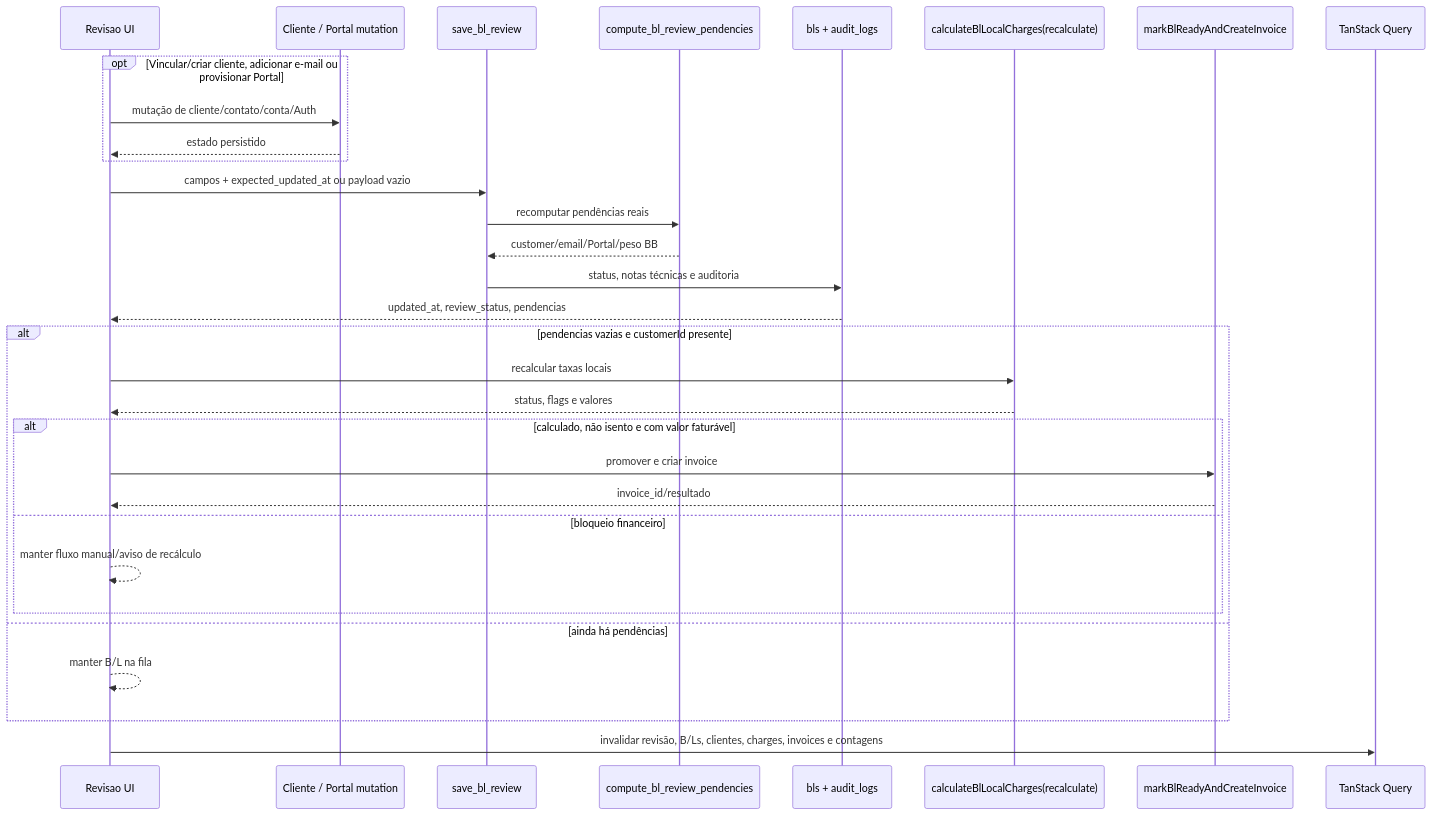
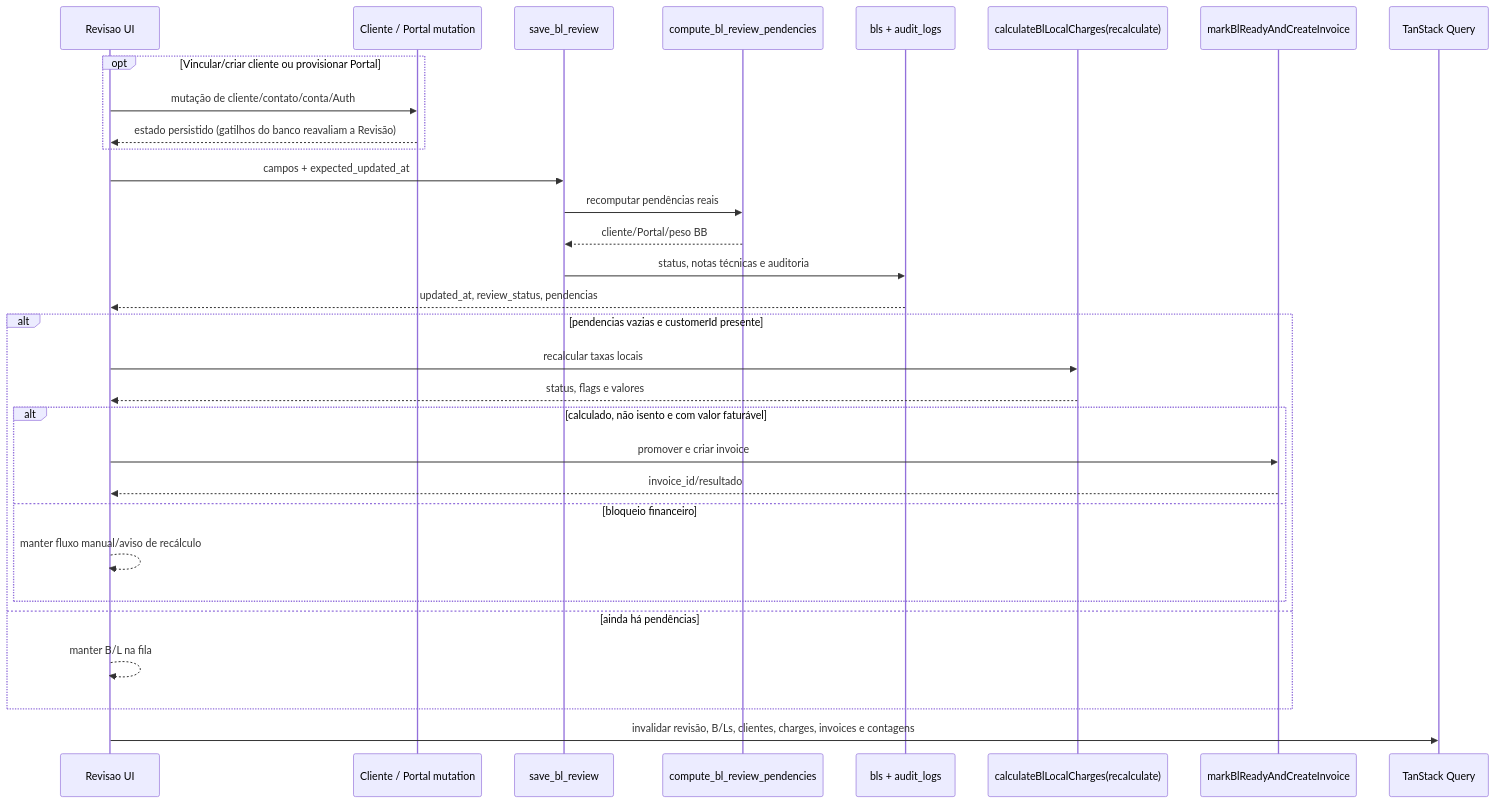
Before and after one commit to luccafwlog/vela: the diagram in docs/modules/operacao-suporte.md, drawn with Mermaid. The commit also changed other lines of this file and 1 other file, not shown here.

First line of the commit message:
docs(suporte): aplicar a revisão geral e receber as regras do glossário

````diff
--- a/docs/modules/operacao-suporte.md
+++ b/docs/modules/operacao-suporte.md
@@ -296,34 +308,34 @@
 ```mermaid
 sequenceDiagram
     participant UI as Revisao UI
     participant Customer as Cliente / Portal mutation
     participant Save as save_bl_review
     participant Gate as compute_bl_review_pendencies
     participant BL as bls + audit_logs
     participant Charges as calculateBlLocalCharges(recalculate)
     participant Invoice as markBlReadyAndCreateInvoice
     participant Cache as TanStack Query
 
-    opt Vincular/criar cliente, adicionar e-mail ou provisionar Portal
+    opt Vincular/criar cliente ou provisionar Portal
         UI->>Customer: mutação de cliente/contato/conta/Auth
-        Customer-->>UI: estado persistido
+        Customer-->>UI: estado persistido (gatilhos do banco reavaliam a Revisão)
     end
-    UI->>Save: campos + expected_updated_at ou payload vazio
+    UI->>Save: campos + expected_updated_at
     Save->>Gate: recomputar pendências reais
-    Gate-->>Save: customer/email/Portal/peso BB
+    Gate-->>Save: cliente/Portal/peso BB
     Save->>BL: status, notas técnicas e auditoria
     BL-->>UI: updated_at, review_status, pendencias
     alt pendencias vazias e customerId presente
         UI->>Charges: recalcular taxas locais
         Charges-->>UI: status, flags e valores
         alt calculado, não isento e com valor faturável
             UI->>Invoice: promover e criar invoice
             Invoice-->>UI: invoice_id/resultado
         else bloqueio financeiro
             UI-->>UI: manter fluxo manual/aviso de recálculo
         end
     else ainda há pendências
         UI-->>UI: manter B/L na fila
     end
     UI->>Cache: invalidar revisão, B/Ls, clientes, charges, invoices e contagens
 ```
````
